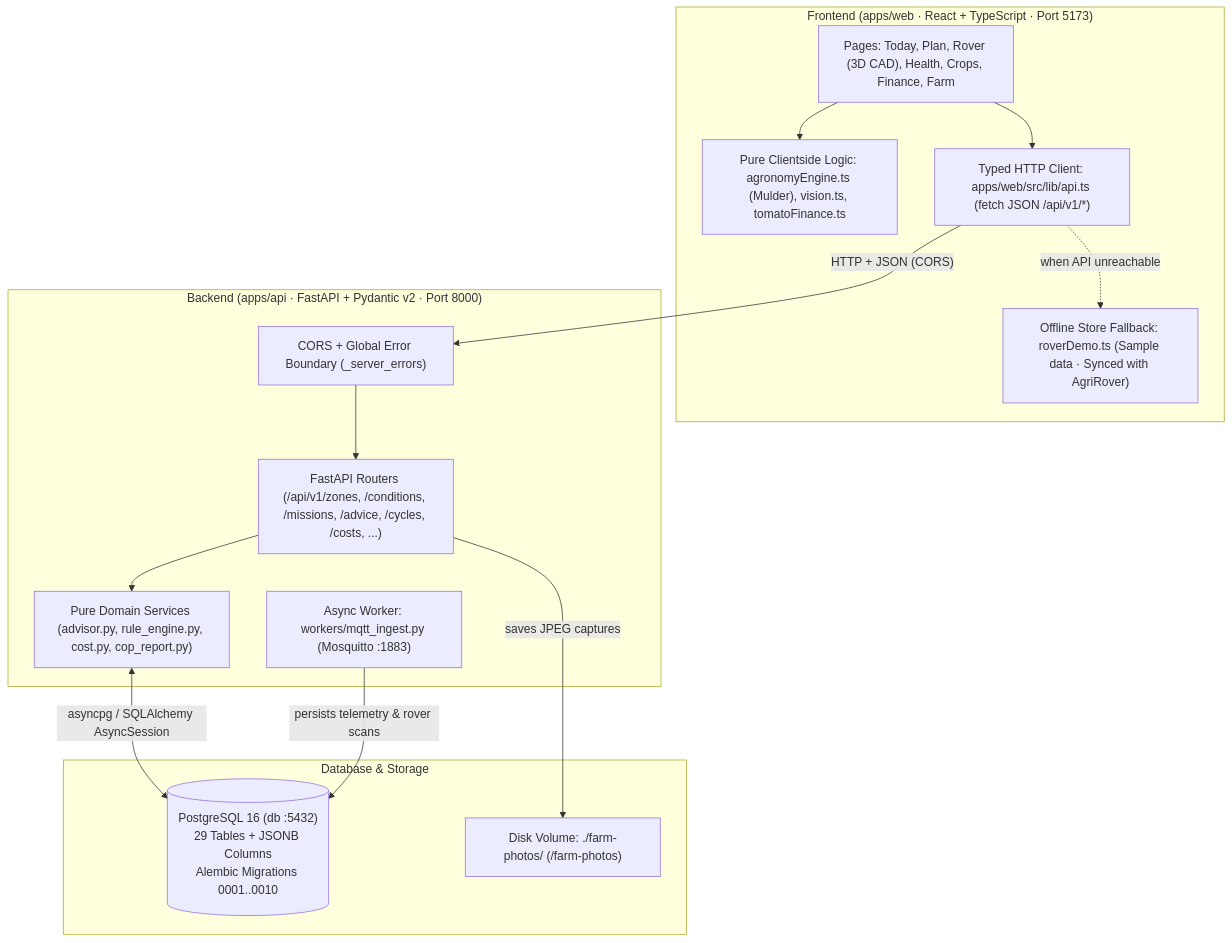
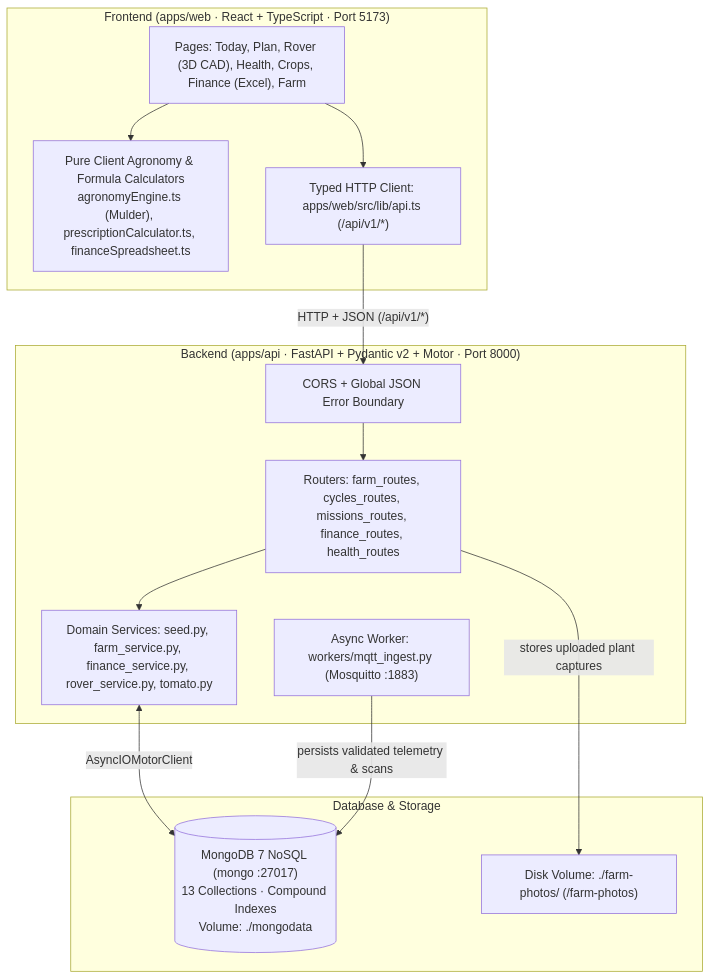
Before and after one commit to DaivaiCheong/agrirover: the first of 2 diagrams in docs/architecture/frontend-backend-db.md, drawn with Mermaid. The commit also changed other lines of this file and 137 other files, not shown here.

Commit message:
feat: connect React frontend, FastAPI backend & MongoDB 7 Docker stack with zero mock data

````diff
--- a/docs/architecture/frontend-backend-db.md
+++ b/docs/architecture/frontend-backend-db.md
@@ -24,31 +22,29 @@
 ```mermaid
 flowchart TB
     subgraph Client ["Frontend (apps/web · React + TypeScript · Port 5173)"]
-        UI["Pages: Today, Plan, Rover (3D CAD), Health, Crops, Finance, Farm"]
-        Engine["Pure Clientside Logic: agronomyEngine.ts (Mulder), vision.ts, tomatoFinance.ts"]
-        Fallback["Offline Store Fallback: roverDemo.ts (Sample data · Synced with AgriRover)"]
-        ApiClient["Typed HTTP Client: apps/web/src/lib/api.ts (fetch JSON /api/v1/*)"]
+        UI["Pages: Today, Plan, Rover (3D CAD), Health, Crops, Finance (Excel), Farm"]
+        Engine["Pure Client Agronomy & Formula Calculators\nagronomyEngine.ts (Mulder), prescriptionCalculator.ts, financeSpreadsheet.ts"]
+        ApiClient["Typed HTTP Client: apps/web/src/lib/api.ts (/api/v1/*)"]
     end
 
-    subgraph Server ["Backend (apps/api · FastAPI + Pydantic v2 · Port 8000)"]
-        Middleware["CORS + Global Error Boundary (_server_errors)"]
-        Routers["FastAPI Routers (/api/v1/zones, /conditions, /missions, /advice, /cycles, /costs, ...)"]
-        Services["Pure Domain Services (advisor.py, rule_engine.py, cost.py, cop_report.py)"]
+    subgraph Server ["Backend (apps/api · FastAPI + Pydantic v2 + Motor · Port 8000)"]
+        Middleware["CORS + Global JSON Error Boundary"]
+        Routers["Routers: farm_routes, cycles_routes, missions_routes, finance_routes, health_routes"]
+        Services["Domain Services: seed.py, farm_service.py, finance_service.py, rover_service.py, tomato.py"]
         MQTT["Async Worker: workers/mqtt_ingest.py (Mosquitto :1883)"]
     end
 
     subgraph Storage ["Database & Storage"]
-        PG[("PostgreSQL 16 (db :5432)\n29 Tables + JSONB Columns\nAlembic Migrations 0001..0010")]
+        Mongo[("MongoDB 7 NoSQL (mongo :27017)\n13 Collections · Compound Indexes\nVolume: ./mongodata")]
         Photos["Disk Volume: ./farm-photos/ (/farm-photos)"]
     end
 
     UI --> Engine
     UI --> ApiClient
-    ApiClient -.->|"when API unreachable"| Fallback
-    ApiClient -->|"HTTP + JSON (CORS)"| Middleware
+    ApiClient -->|"HTTP + JSON (/api/v1/*)"| Middleware
     Middleware --> Routers
     Routers --> Services
-    Services <-->|"asyncpg / SQLAlchemy AsyncSession"| PG
-    MQTT -->|"persists telemetry & rover scans"| PG
-    Routers -->|"saves JPEG captures"| Photos
+    Services <-->|"AsyncIOMotorClient"| Mongo
+    MQTT -->|"persists validated telemetry & scans"| Mongo
+    Routers -->|"stores uploaded plant captures"| Photos
 ```
````
